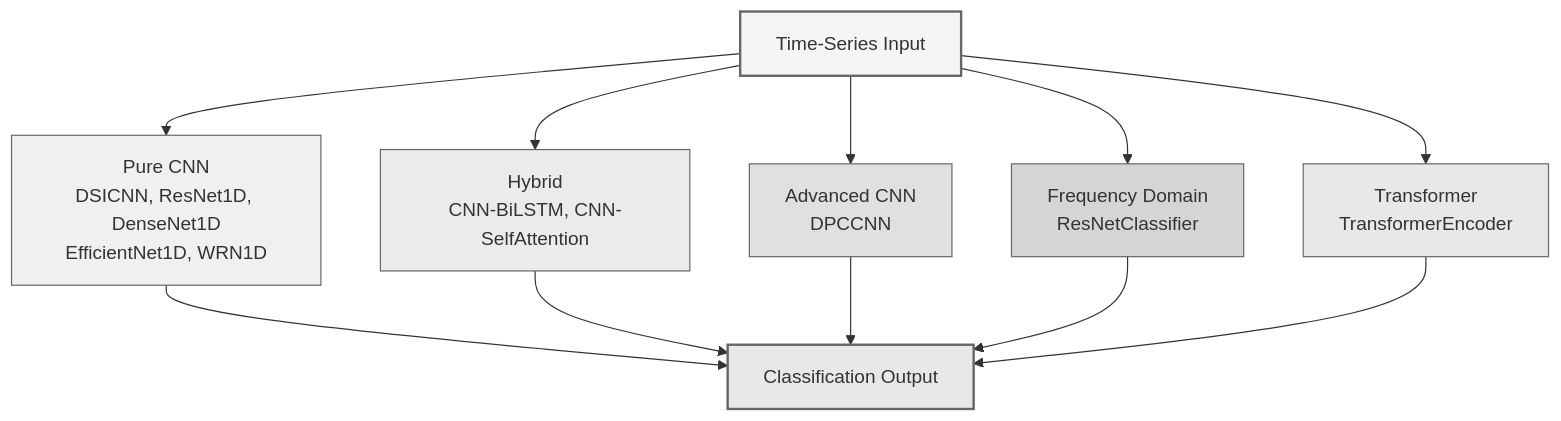
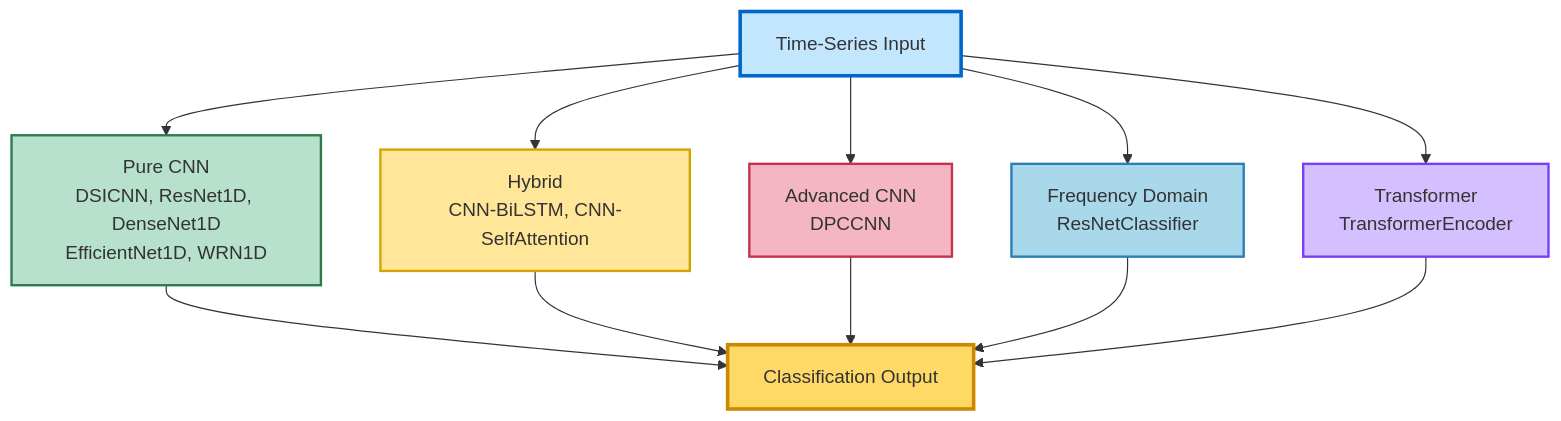
One commit to soroosh-tanzadeh/rotary-insight changed the first of 13 diagrams in models/MODEL_ARCHITECTURES.md. Above: the diagram before and after it, drawn with Mermaid. The commit also changed other lines of this file and 5 other files, not shown here.

````diff
--- a/models/MODEL_ARCHITECTURES.md
+++ b/models/MODEL_ARCHITECTURES.md
@@ -25,26 +25,26 @@
 ```mermaid
 graph TB
     Input[Time-Series Input]
     
     CNN[Pure CNN<br/>DSICNN, ResNet1D, DenseNet1D<br/>EfficientNet1D, WRN1D]
     Hybrid[Hybrid<br/>CNN-BiLSTM, CNN-SelfAttention]
     Advanced[Advanced CNN<br/>DPCCNN]
     Freq[Frequency Domain<br/>ResNetClassifier]
     Trans[Transformer<br/>TransformerEncoder]
     
     Output[Classification Output]
     
     Input --> CNN --> Output
     Input --> Hybrid --> Output
     Input --> Advanced --> Output
     Input --> Freq --> Output
     Input --> Trans --> Output
     
-    style Input fill:#f5f5f5,stroke:#666,stroke-width:2px
-    style Output fill:#e8e8e8,stroke:#666,stroke-width:2px
-    style CNN fill:#f0f0f0,stroke:#666
-    style Hybrid fill:#ebebeb,stroke:#666
-    style Advanced fill:#e0e0e0,stroke:#666
-    style Freq fill:#d5d5d5,stroke:#666
-    style Trans fill:#e8e8e8,stroke:#666
+    style Input fill:#c3e6ff,stroke:#0066cc,stroke-width:3px
+    style Output fill:#ffd966,stroke:#cc8800,stroke-width:3px
+    style CNN fill:#b7e1cd,stroke:#2d7a4f,stroke-width:2px
+    style Hybrid fill:#ffe699,stroke:#d4a500,stroke-width:2px
+    style Advanced fill:#f4b6c2,stroke:#c9304f,stroke-width:2px
+    style Freq fill:#a8d8ea,stroke:#2980b9,stroke-width:2px
+    style Trans fill:#d4bfff,stroke:#7b3ff2,stroke-width:2px
 ```
````
